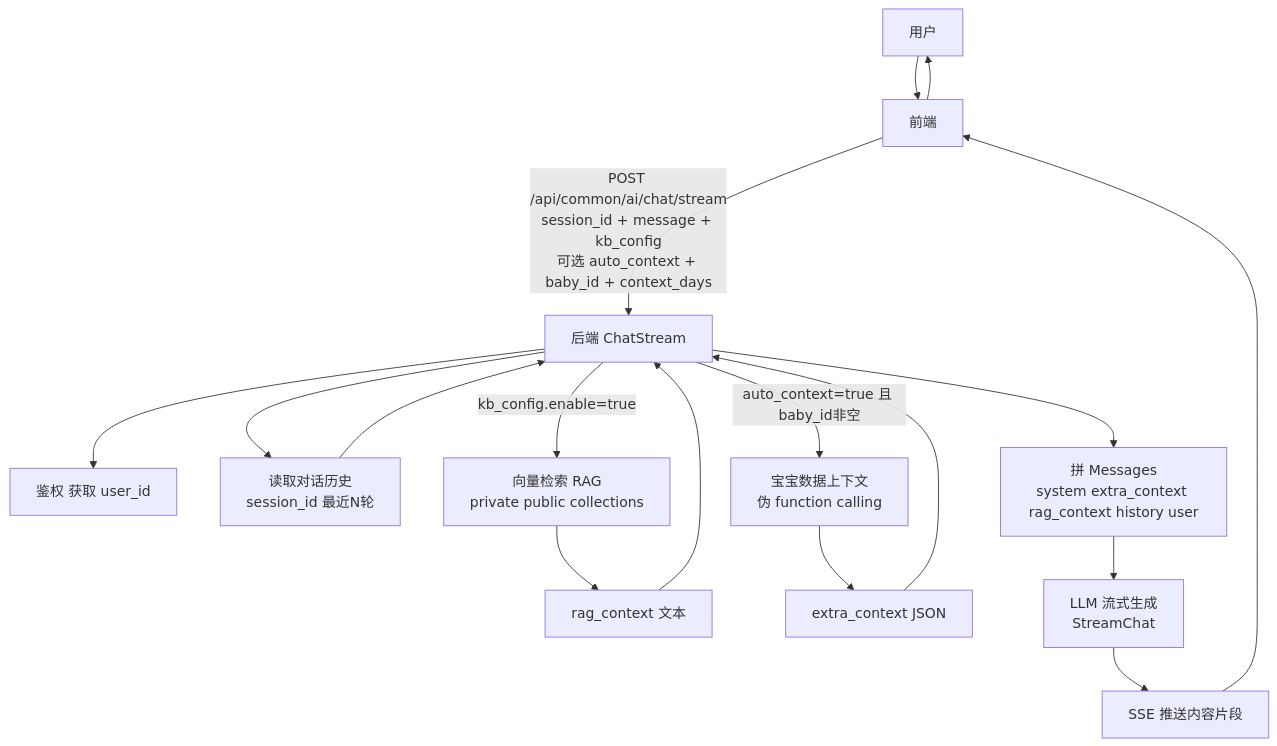
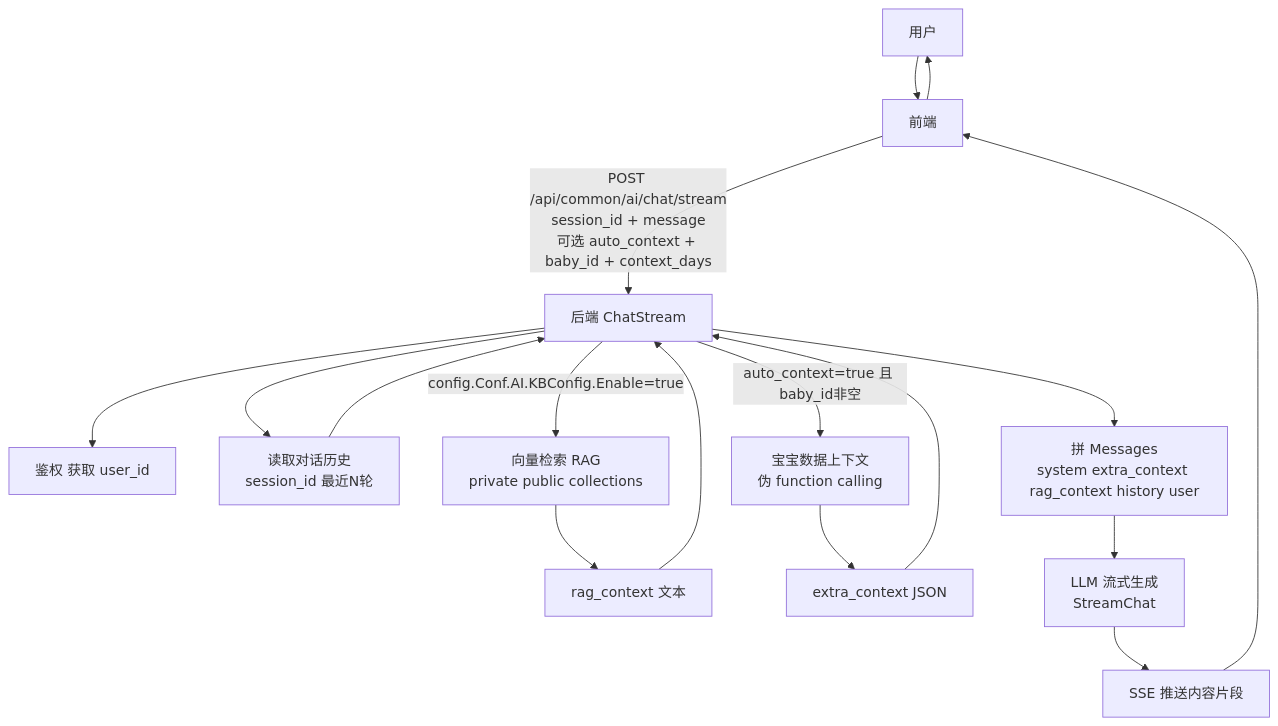
Before and after one commit to Goblin-Master/nurture: the second of 6 diagrams in docs/mermaid.md, drawn with Mermaid. The commit also changed other lines of this file and 1 other file, not shown here.

Commit message:
docs: update knowledge base config flow

````diff
--- a/docs/mermaid.md
+++ b/docs/mermaid.md
@@ -16,24 +16,24 @@
 ```mermaid
 flowchart TD
   U[用户] --> FE[前端]
-  FE -->|POST /api/common/ai/chat/stream<br/>session_id + message + kb_config<br/>可选 auto_context + baby_id + context_days| API[后端 ChatStream]
+  FE -->|POST /api/common/ai/chat/stream<br/>session_id + message<br/>可选 auto_context + baby_id + context_days| API[后端 ChatStream]
 
   API --> AUTH[鉴权 获取 user_id]
 
   API --> H[读取对话历史<br/>session_id 最近N轮]
   H --> API
 
-  API -->|kb_config.enable=true| RAG[向量检索 RAG<br/>private public collections]
+  API -->|config.Conf.AI.KBConfig.Enable=true| RAG[向量检索 RAG<br/>private public collections]
   RAG --> RC[rag_context 文本]
   RC --> API
 
   API -->|auto_context=true 且 baby_id非空| BC[宝宝数据上下文<br/>伪 function calling]
   BC --> EC[extra_context JSON]
   EC --> API
 
   API --> PM[拼 Messages<br/>system extra_context rag_context history user]
   PM --> LLM[LLM 流式生成<br/>StreamChat]
   LLM --> SSE[SSE 推送内容片段]
   SSE --> FE
   FE --> U
 ```
````
